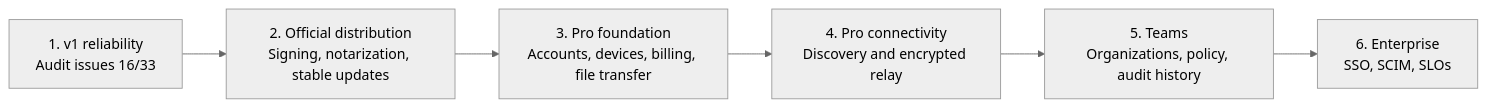
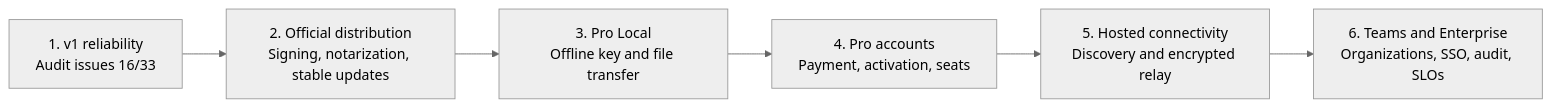
One commit to Cherry-Company/ieum changed the fourth of 4 diagrams in README.en.md. Above: the diagram before and after it, drawn with Mermaid (neutral theme). The commit also changed other lines of this file and 49 other files, not shown here.

First line of the commit message:
feat: gate Pro Local file transfer with offline licenses (#69)

````diff
--- a/README.en.md
+++ b/README.en.md
@@ -463,8 +483,8 @@
 ```mermaid
 flowchart LR
   P1["1. v1 reliability<br/>Audit issues 16/33"] --> P2["2. Official distribution<br/>Signing, notarization, stable updates"]
-  P2 --> P3["3. Pro foundation<br/>Accounts, devices, billing, file transfer"]
-  P3 --> P4["4. Pro connectivity<br/>Discovery and encrypted relay"]
-  P4 --> P5["5. Teams<br/>Organizations, policy, audit history"]
-  P5 --> P6["6. Enterprise<br/>SSO, SCIM, SLOs"]
+  P2 --> P3["3. Pro Local<br/>Offline key and file transfer"]
+  P3 --> P4["4. Pro accounts<br/>Payment, activation, seats"]
+  P4 --> P5["5. Hosted connectivity<br/>Discovery and encrypted relay"]
+  P5 --> P6["6. Teams and Enterprise<br/>Organizations, SSO, audit, SLOs"]
 ```
````
